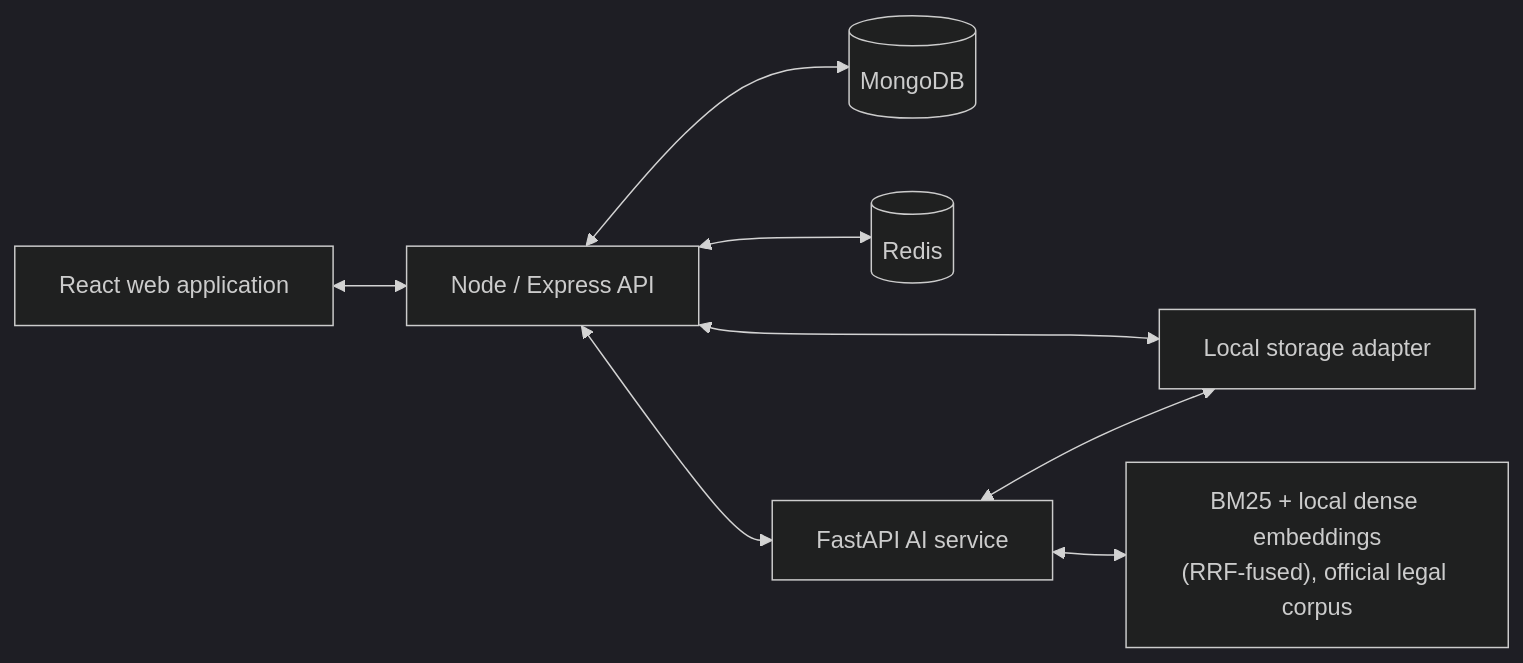
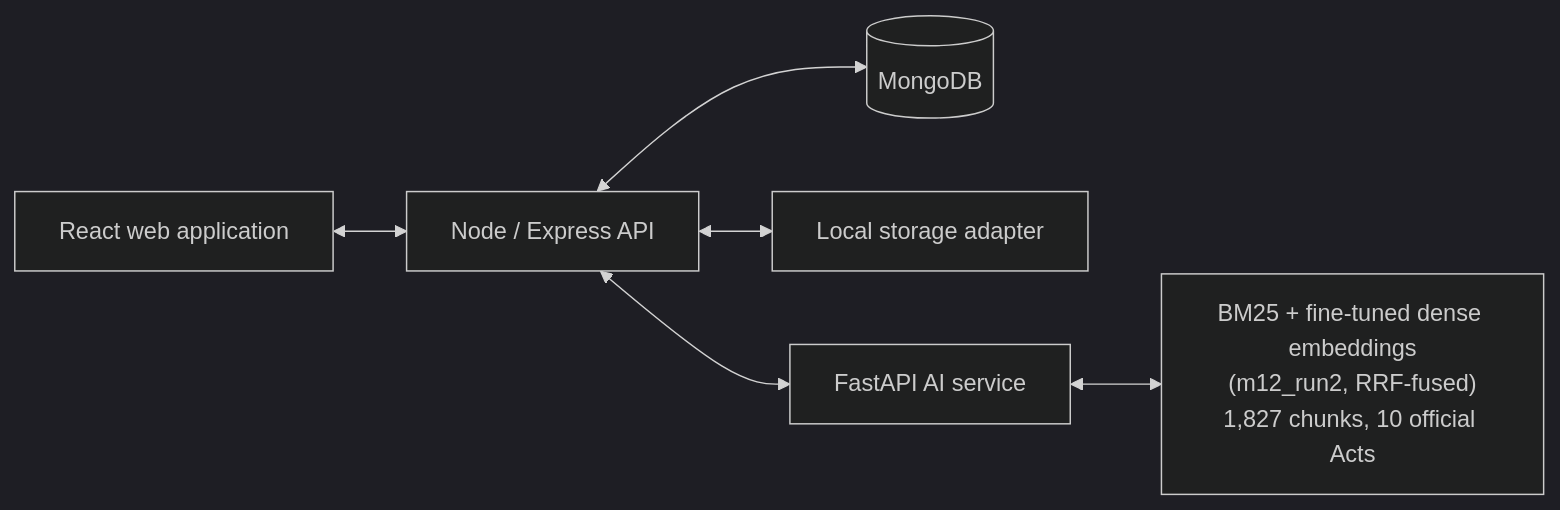
The first of 6 diagrams in docs/ARCHITECTURE.md (Solly2201/Capstone), drawn with Mermaid (dark theme) before and after one commit. The commit also changed other lines of this file and 4 other files, not shown here.

````diff
--- a/docs/ARCHITECTURE.md
+++ b/docs/ARCHITECTURE.md
@@ -5,10 +10,8 @@
 ```mermaid
 flowchart LR
   Web["React web application"] <--> Api["Node / Express API"]
   Api <--> Mongo[(MongoDB)]
-  Api <--> Redis[(Redis)]
   Api <--> Files["Local storage adapter"]
   Api <--> Ai["FastAPI AI service"]
-  Ai <--> Index["BM25 + local dense embeddings\n(RRF-fused), official legal corpus"]
-  Ai <--> Files
+  Ai <--> Index["BM25 + fine-tuned dense embeddings\n(m12_run2, RRF-fused)\n1,827 chunks, 10 official Acts"]
 ```
````
